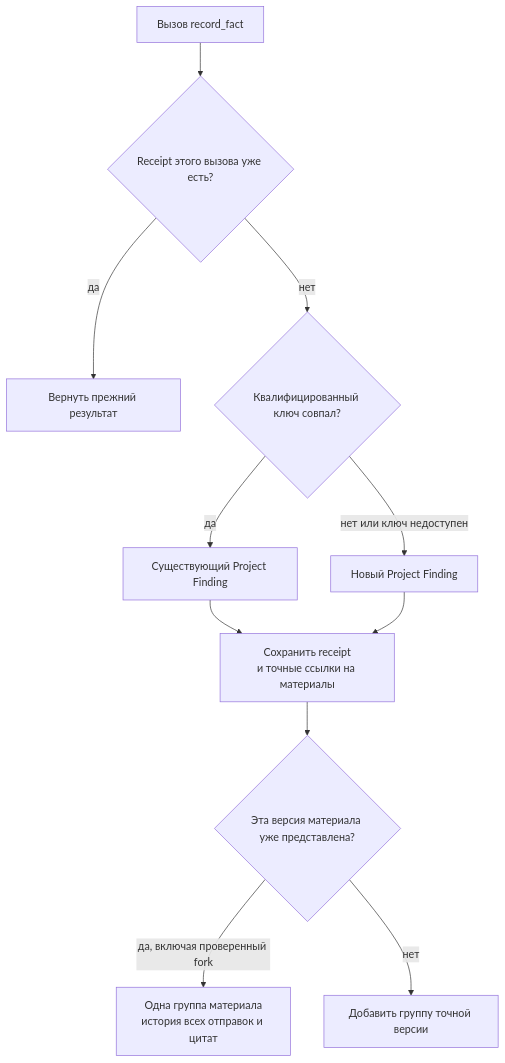
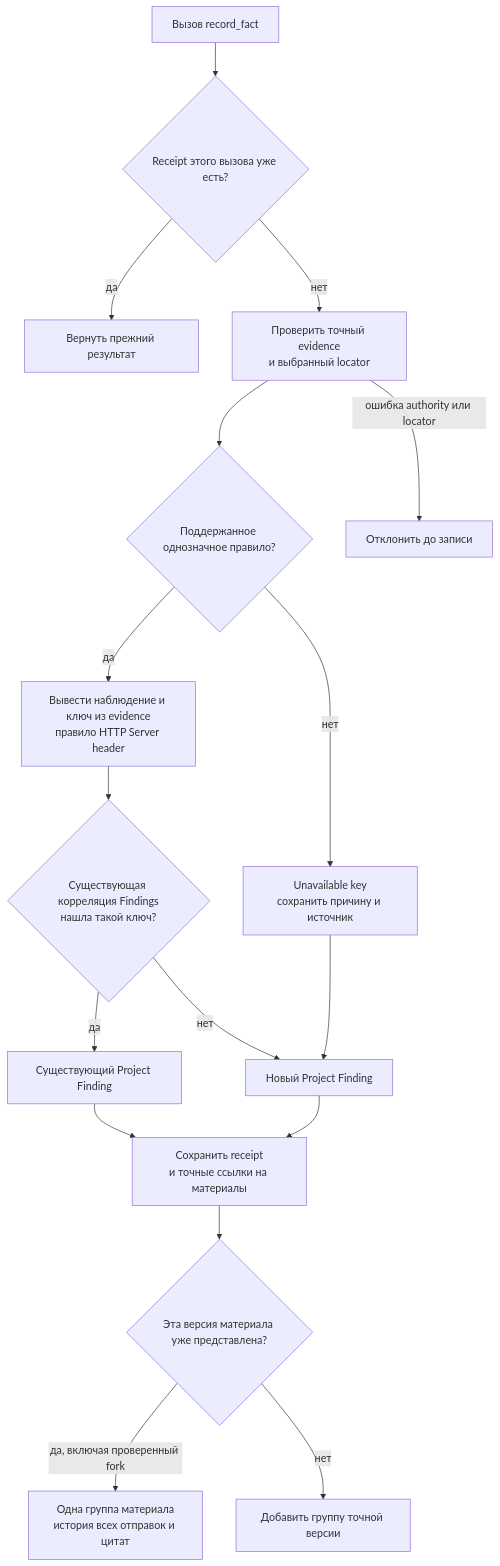
Before and after one commit to grauwolf32/contractor: the fifth of 6 diagrams in docs/proposals/0055-project-facts-through-findings.md, drawn with Mermaid. The commit also changed other lines of this file and 5 other files, not shown here.

````diff
--- a/docs/proposals/0055-project-facts-through-findings.md
+++ b/docs/proposals/0055-project-facts-through-findings.md
@@ -235,13 +270,19 @@
 ```mermaid
 flowchart TD
     C["Вызов record_fact"] --> R{"Receipt этого вызова уже есть?"}
     R -->|"да"| E["Вернуть прежний результат"]
-    R -->|"нет"| K{"Квалифицированный ключ совпал?"}
+    R -->|"нет"| S["Проверить точный evidence<br/>и выбранный locator"]
+    S --> Q{"Поддержанное однозначное правило?"}
+    S -->|"ошибка authority или locator"| X["Отклонить до записи"]
+    Q -->|"да"| D["Вывести наблюдение и ключ из evidence<br/>правило HTTP Server header"]
+    Q -->|"нет"| U["Unavailable key<br/>сохранить причину и источник"]
+    D --> K{"Существующая корреляция Findings<br/>нашла такой ключ?"}
     K -->|"да"| F["Существующий Project Finding"]
-    K -->|"нет или ключ недоступен"| N["Новый Project Finding"]
+    K -->|"нет"| N["Новый Project Finding"]
+    U --> N
     F --> W["Сохранить receipt<br/>и точные ссылки на материалы"]
     N --> W
     W --> V{"Эта версия материала уже представлена?"}
     V -->|"да, включая проверенный fork"| G["Одна группа материала<br/>история всех отправок и цитат"]
     V -->|"нет"| A["Добавить группу точной версии"]
 ```
````
